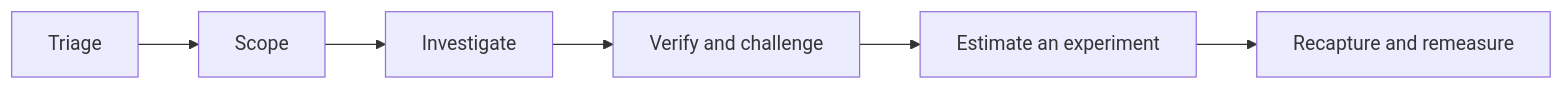
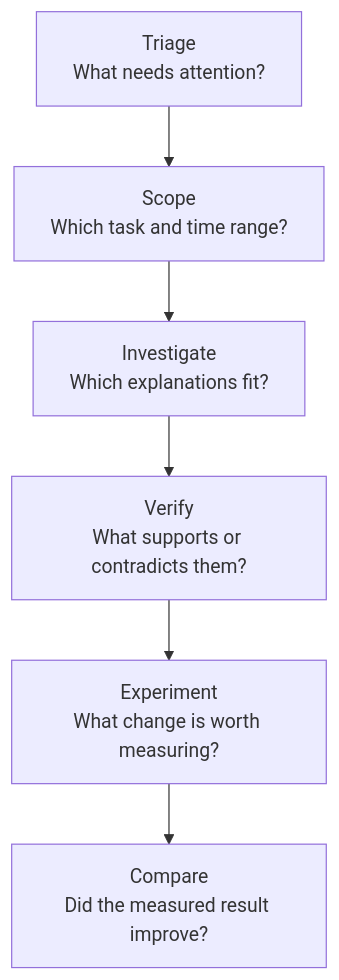
One commit to kuopinghsu/FreeRTOS-BTF-Trace changed the sixth of 6 diagrams in BTFViewer/WORKFLOWS.md. Above: the diagram before and after it, drawn with Mermaid. The commit also changed other lines of this file and 112 other files, not shown here.

````diff
--- a/BTFViewer/WORKFLOWS.md
+++ b/BTFViewer/WORKFLOWS.md
@@ -280,8 +442,8 @@
 ```mermaid
-flowchart LR
-  triage["Triage"] --> scope["Scope"]
-  scope --> investigate["Investigate"]
-  investigate --> verify["Verify and challenge"]
-  verify --> experiment["Estimate an experiment"]
-  experiment --> remeasure["Recapture and remeasure"]
+flowchart TD
+  triage["Triage<br/>What needs attention?"] --> scope["Scope<br/>Which task and time range?"]
+  scope --> investigate["Investigate<br/>Which explanations fit?"]
+  investigate --> verify["Verify<br/>What supports or contradicts them?"]
+  verify --> experiment["Experiment<br/>What change is worth measuring?"]
+  experiment --> compare["Compare<br/>Did the measured result improve?"]
 ```
````
